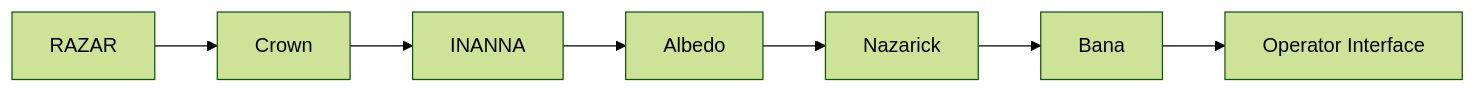
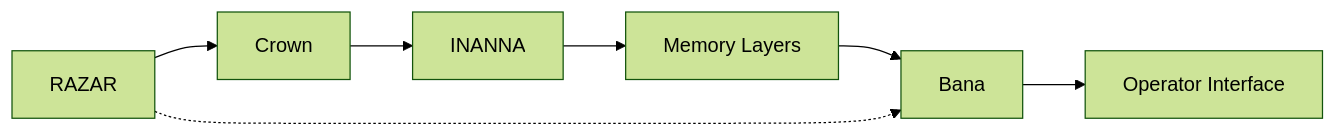
Before and after one commit to DINGIRABZU/ABZU: the diagram in docs/ignition_flow.md, drawn with Mermaid (forest theme). The commit also changed other lines of this file and 6 other files, not shown here.

Commit message:
Document Bana ignition after memory init

````diff
--- a/docs/ignition_flow.md
+++ b/docs/ignition_flow.md
@@ -7,16 +7,15 @@
 ```mermaid
 graph LR
     RAZAR[RAZAR] --> Crown[Crown]
     Crown --> INANNA[INANNA]
-    INANNA --> Albedo[Albedo]
-    Albedo --> Nazarick[Nazarick]
-    Nazarick --> Bana[Bana]
+    INANNA --> Memory[Memory Layers]
+    Memory --> Bana[Bana]
     Bana --> Operator[Operator Interface]
+    RAZAR -.-> Bana
     click RAZAR "RAZAR_AGENT.md" "RAZAR guide"
     click Crown "CROWN_OVERVIEW.md" "Crown overview"
     click INANNA "INANNA_CORE.md" "INANNA core"
-    click Albedo "ALBEDO_LAYER.md" "Albedo layer"
-    click Nazarick "nazarick_narrative_system.md" "Nazarick narrative system"
+    click Memory "memory_architecture.md" "Memory architecture"
     click Bana "bana_engine.md" "Bana engine"
     click Operator "operator_protocol.md" "Operator protocol"
 ```
````
